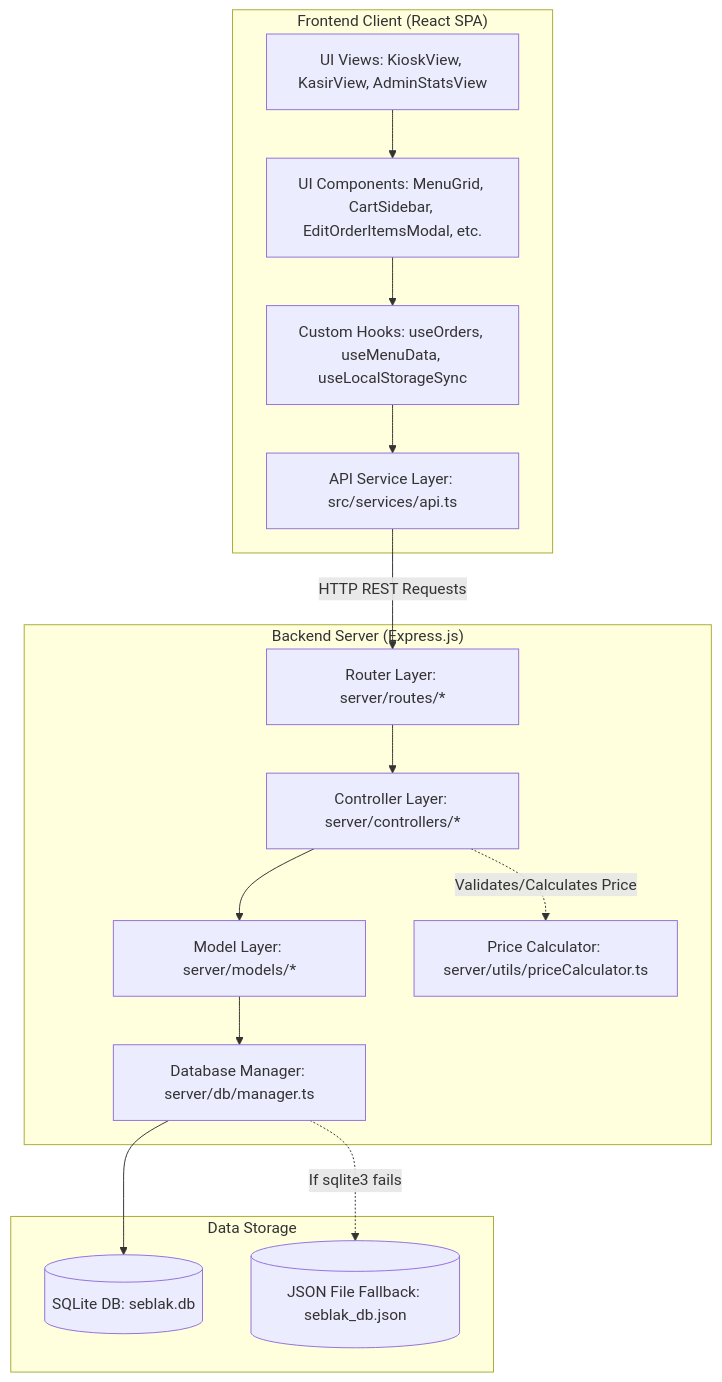
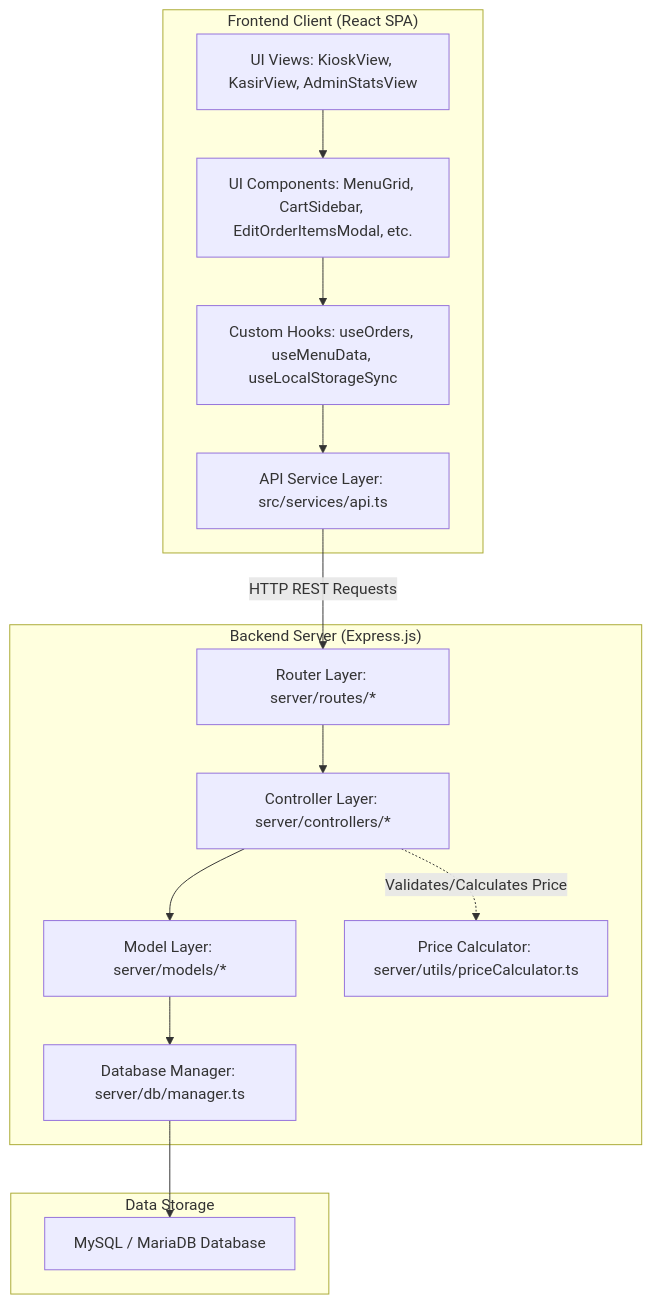
Before and after one commit to TomoNx/seblak: the first of 5 diagrams in project_architecture_diagrams.md, drawn with Mermaid. The commit also changed other lines of this file and 19 other files, not shown here.

Commit message:
feat: sync shop name dynamically, clean up queue numbers & receipt QR, fix print layouts, and update architecture diagrams

````diff
--- a/project_architecture_diagrams.md
+++ b/project_architecture_diagrams.md
@@ -11,34 +11,32 @@
 ```mermaid
 graph TD
     subgraph "Frontend Client (React SPA)"
-        View[UI Views: KioskView, KasirView, AdminStatsView]
-        Components[UI Components: MenuGrid, CartSidebar, EditOrderItemsModal, etc.]
-        Hooks[Custom Hooks: useOrders, useMenuData, useLocalStorageSync]
-        API[API Service Layer: src/services/api.ts]
+        View["UI Views: KioskView, KasirView, AdminStatsView"]
+        Components["UI Components: MenuGrid, CartSidebar, EditOrderItemsModal, etc."]
+        Hooks["Custom Hooks: useOrders, useMenuData, useLocalStorageSync"]
+        API["API Service Layer: src/services/api.ts"]
     end
 
     subgraph "Backend Server (Express.js)"
-        Routes[Router Layer: server/routes/*]
-        Controllers[Controller Layer: server/controllers/*]
-        Models[Model Layer: server/models/*]
-        Utils[Price Calculator: server/utils/priceCalculator.ts]
-        DBManager[Database Manager: server/db/manager.ts]
+        Routes["Router Layer: server/routes/*"]
+        Controllers["Controller Layer: server/controllers/*"]
+        Models["Model Layer: server/models/*"]
+        Utils["Price Calculator: server/utils/priceCalculator.ts"]
+        DBManager["Database Manager: server/db/manager.ts"]
     end
 
     subgraph "Data Storage"
-        SQLite[(SQLite DB: seblak.db)]
-        JSONFallback[(JSON File Fallback: seblak_db.json)]
+        MySQL["MySQL / MariaDB Database"]
     end
 
     %% Interactions
     View --> Components
     Components --> Hooks
     Hooks --> API
     API -- "HTTP REST Requests" --> Routes
     Routes --> Controllers
     Controllers --> Models
     Controllers -. "Validates/Calculates Price" .-> Utils
     Models --> DBManager
-    DBManager --> SQLite
-    DBManager -. "If sqlite3 fails" .-> JSONFallback
+    DBManager --> MySQL
 ```
````
